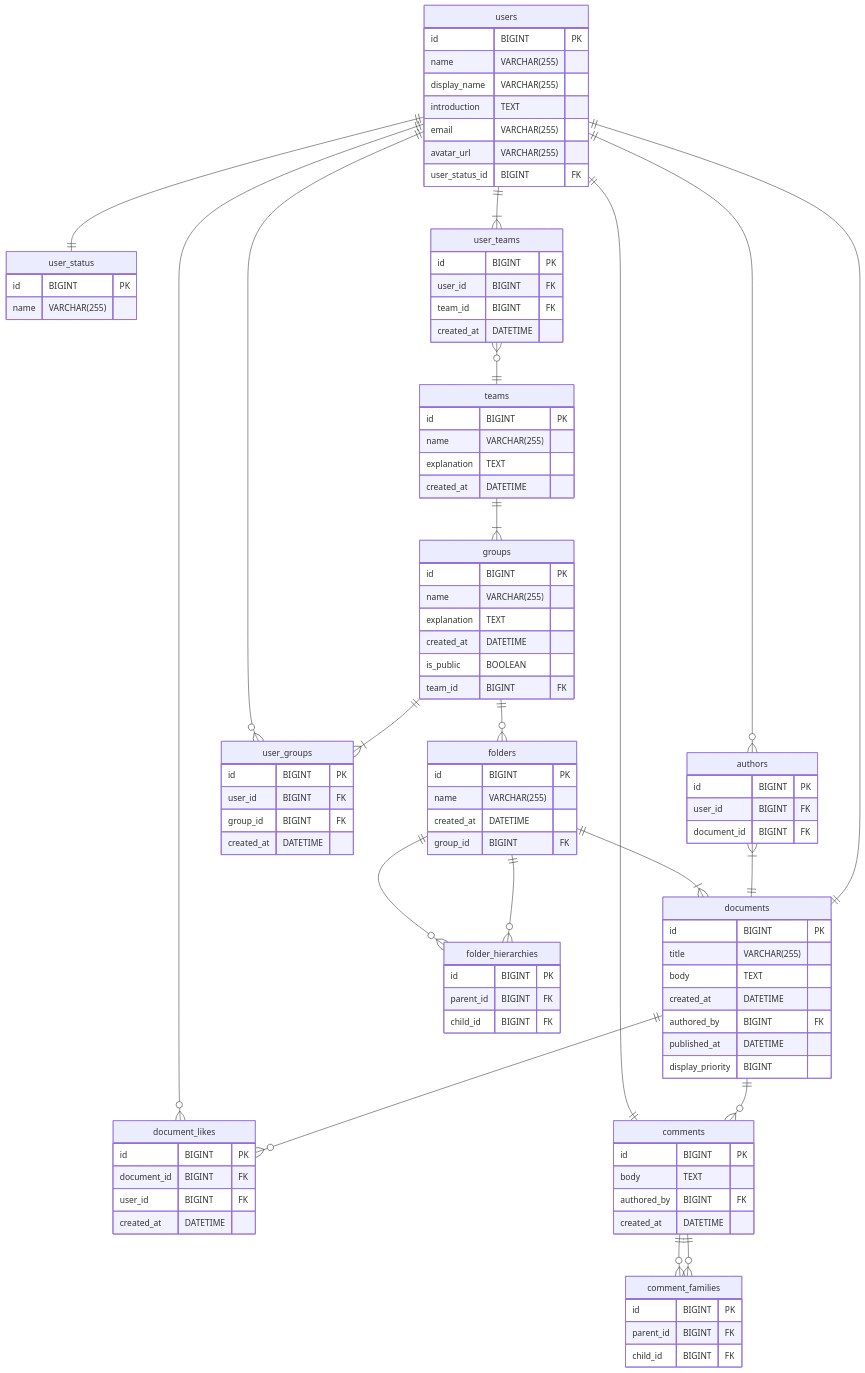
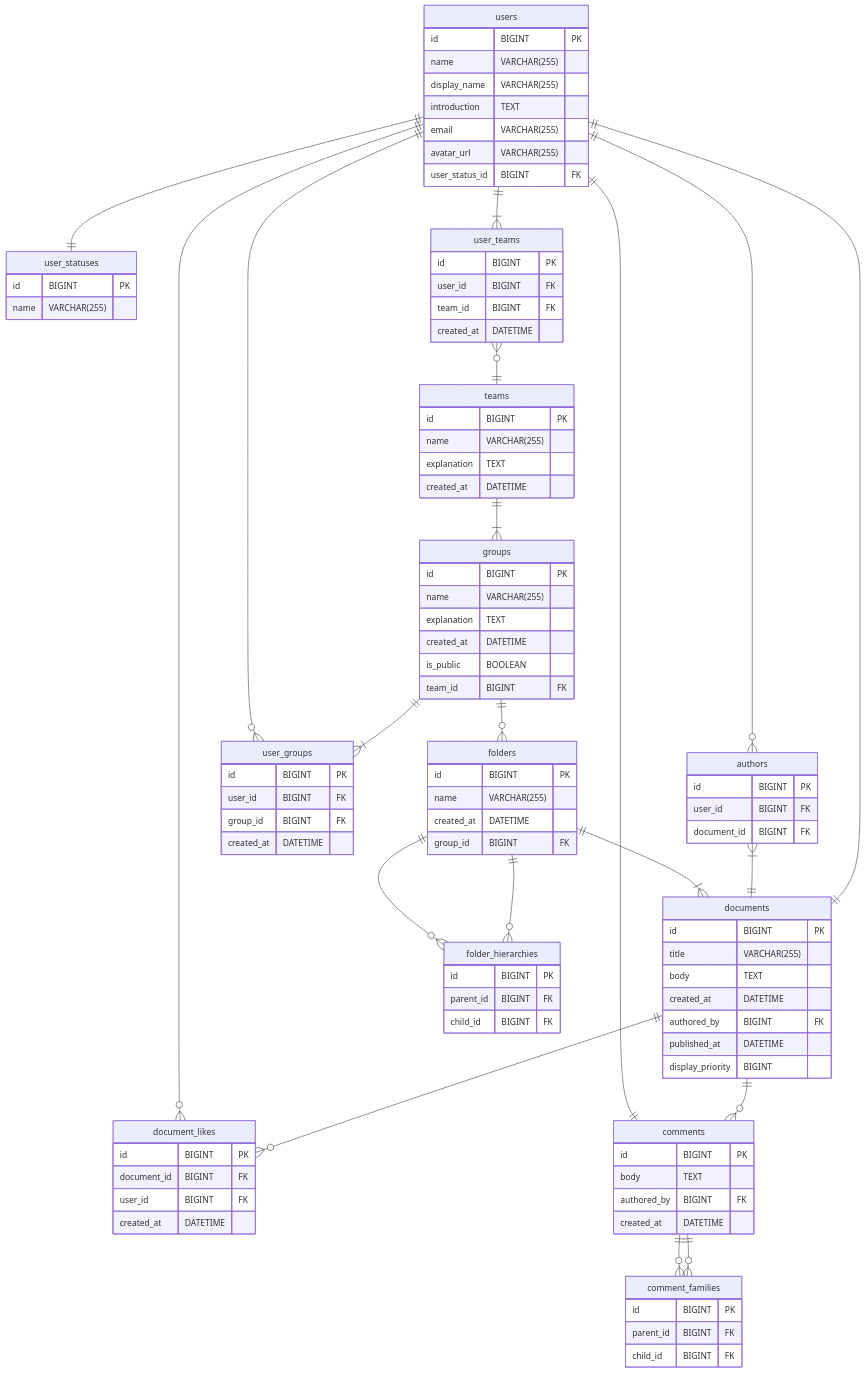
One commit to praha-inc/praha-challenge-7 changed the diagram in LUpCvstQOssJiN/database_design/db_modeling_3/order_er_diagram.mmd. Above: the diagram before and after it, drawn with Mermaid. The commit also changed 1 other file, not shown here.

Commit message:
Fix: statuses

```diff
--- a/LUpCvstQOssJiN/database_design/db_modeling_3/order_er_diagram.mmd
+++ b/LUpCvstQOssJiN/database_design/db_modeling_3/order_er_diagram.mmd
@@ -1,143 +1,143 @@
 erDiagram
 
-users ||--|| user_status: ""
+users ||--|| user_statuses: ""
 users ||--o{ authors: ""
 %% 誰によって作られたかを表す
 users ||--|| documents: ""
 authors }|--|| documents: ""
 documents ||--o{ document_likes: ""
 document_likes }o--|| users: ""
 documents ||--o{ comments: ""
 comments ||--o{ comment_families: ""
 comment_families }o--|| comments: ""
 %% 誰によって作られたかを表す
 users ||--|| comments: ""
 users ||--|{ user_teams: ""
 user_teams }o--|| teams: ""
 teams ||--|{ groups: ""
 groups ||--|{ user_groups: ""
 user_groups }o--|| users: ""
 groups ||--o{ folders: ""
 folders ||--o{ folder_hierarchies: ""
 folder_hierarchies }o--|| folders: ""
 folders ||--|{ documents: ""
 
 
 
 %% テーブル定義の上のコメントは、物理設計で実装する物を書いています
 
 %% ユーザー権限
 %% ユーザー権限とユーザーは一対一
 %% owner, admin, member, guestが入る
-user_status {
+user_statuses {
   id BIGINT PK
   name VARCHAR(255)
 }
 
 %% id: primary key 制約
 %% name: フルテキストインデックス
 %% email: ユニーク制約
 %% display_name: フルテキストインデックス
 users {
   id BIGINT PK
   name VARCHAR(255)
   display_name VARCHAR(255)
   introduction TEXT
   email VARCHAR(255)
   avatar_url VARCHAR(255)
   user_status_id BIGINT FK
 }
 
 %% id: primary key 制約
 %% title, body: フルテキストインデックス
 %% 記事が公開されたか公開されてないかは、published_atの値で判断する
 documents {
   id BIGINT PK
   title VARCHAR(255)
   body TEXT
   created_at DATETIME
   authored_by BIGINT FK
   published_at DATETIME
   display_priority BIGINT
 }
 
 %% id: primary key 制約
 %% user_id, document_id: 外部キー制約
 %% document_idにユニーク制約をつける
 authors {
   id BIGINT PK
   user_id BIGINT FK
   document_id BIGINT FK
 }
 
 
 %% 記事は複数のユーザーによっていいねされている
 document_likes {
   id BIGINT PK
   document_id BIGINT FK
   user_id BIGINT FK
   created_at DATETIME
 }
 
 %% 記事はコメントを書ける。また、コメントに対してコメントをしたりもできる
 comments {
   id BIGINT PK
   body TEXT
   authored_by BIGINT FK
   created_at DATETIME
 }
 
 comment_families {
   id BIGINT PK
   parent_id BIGINT FK
   child_id BIGINT FK
 }
 
 %% チームの中に複数のグループがある
 teams {
   id BIGINT PK
   name VARCHAR(255)
   explanation TEXT
   created_at DATETIME
 }
 
 %% ユーザーは複数のチームに所属している
 user_teams {
   id BIGINT PK
   user_id BIGINT FK
   team_id BIGINT FK
   created_at DATETIME
 }
 
 %% グループは公開非公開が設定できる
 groups {
   id BIGINT PK
   name VARCHAR(255)
   explanation TEXT
   created_at DATETIME
   is_public BOOLEAN
   team_id BIGINT FK
 }
 
 %% ユーザーは複数のグループに所属している
 user_groups {
   id BIGINT PK
   user_id BIGINT FK
   group_id BIGINT FK
   created_at DATETIME
 }
 
 %% グループの中に複数のフォルダがある
 %% フォルダの中に複数の記事とサブフォルダがある
 folders {
   id BIGINT PK
   name VARCHAR(255)
   created_at DATETIME
   group_id BIGINT FK
 }
 
 folder_hierarchies {
   id BIGINT PK
   parent_id BIGINT FK
   child_id BIGINT FK
 }
```
